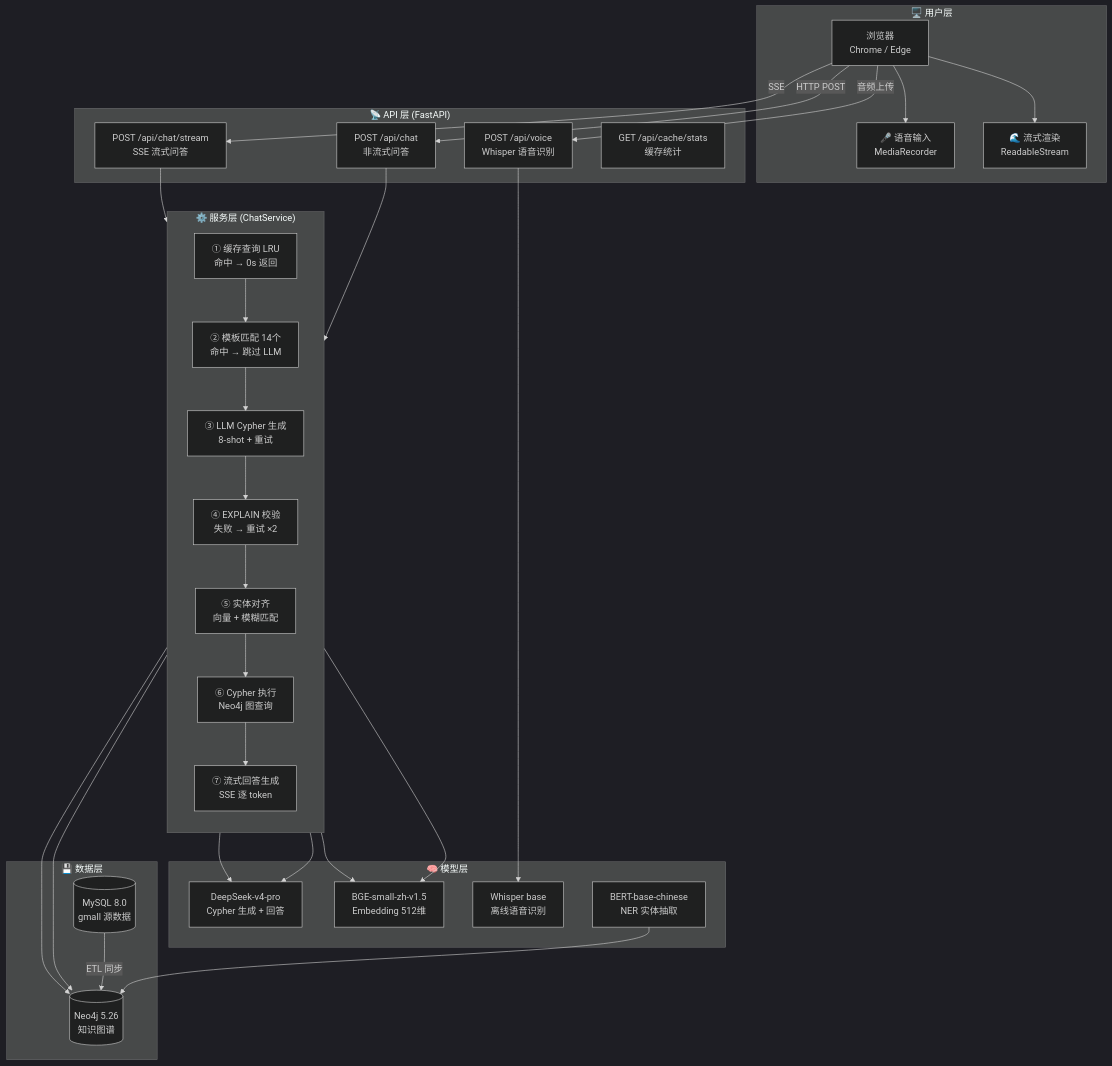
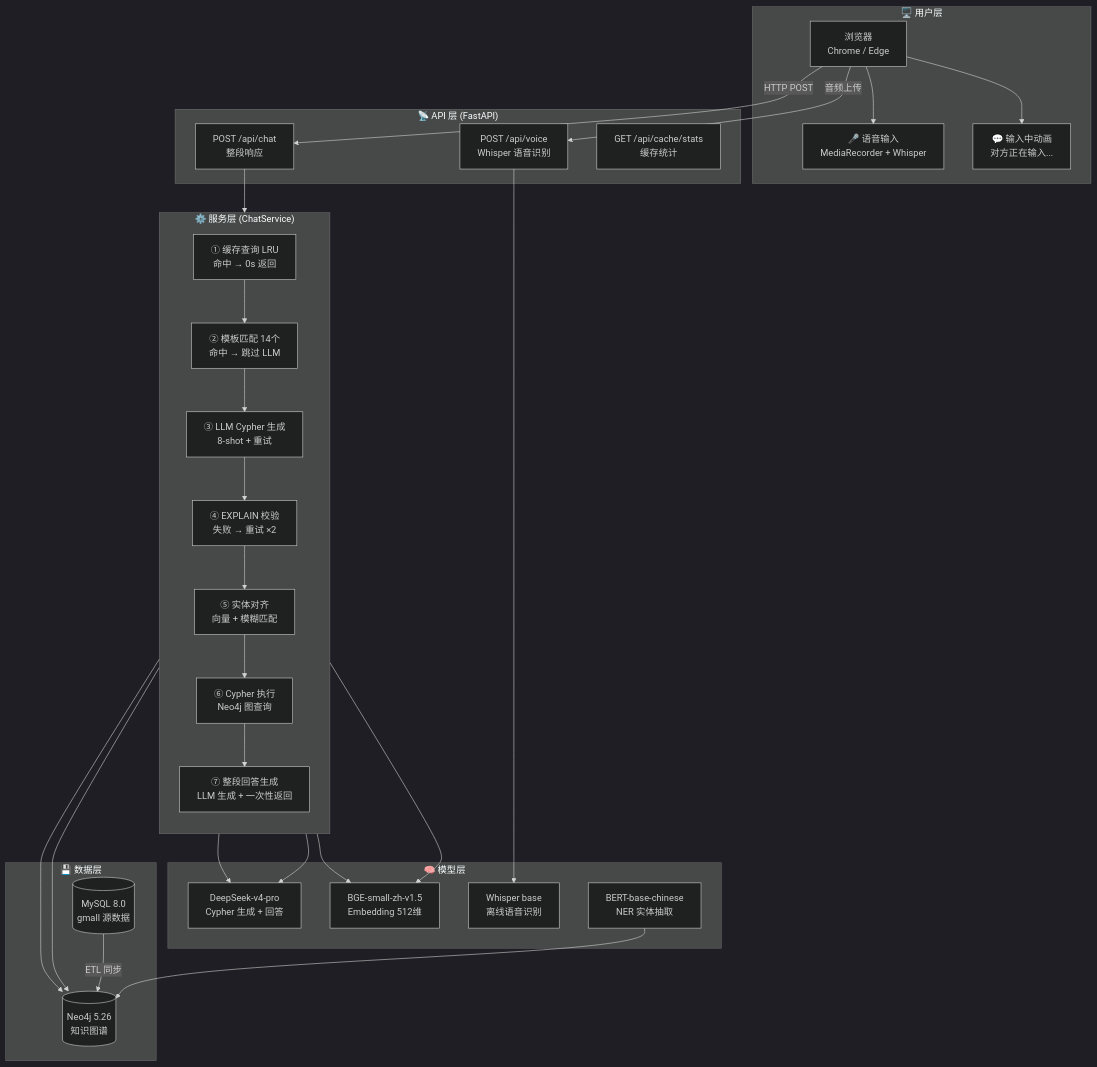
The first of 2 diagrams in README.md (nobailan/ecommerce-kg-chat), drawn with Mermaid (dark theme) before and after one commit. The commit also changed other lines of this file and 12 other files, not shown here.

````diff
--- a/README.md
+++ b/README.md
@@ -33,56 +34,53 @@
 ```mermaid
 graph TB
     subgraph 用户层["🖥️ 用户层"]
         Browser["浏览器<br/>Chrome / Edge"]
-        Mic["🎤 语音输入<br/>MediaRecorder"]
-        SSE["🌊 流式渲染<br/>ReadableStream"]
+        Mic["🎤 语音输入<br/>MediaRecorder + Whisper"]
+        Typing["💬 输入中动画<br/>对方正在输入..."]
     end
 
     subgraph API层["📡 API 层 (FastAPI)"]
-        Chat["POST /api/chat<br/>非流式问答"]
-        Stream["POST /api/chat/stream<br/>SSE 流式问答"]
+        Chat["POST /api/chat<br/>整段响应"]
         Voice["POST /api/voice<br/>Whisper 语音识别"]
         CacheAPI["GET /api/cache/stats<br/>缓存统计"]
     end
 
     subgraph 服务层["⚙️ 服务层 (ChatService)"]
         direction TB
         L1["① 缓存查询 LRU<br/>命中 → 0s 返回"]
         L2["② 模板匹配 14个<br/>命中 → 跳过 LLM"]
         L3["③ LLM Cypher 生成<br/>8-shot + 重试"]
         L4["④ EXPLAIN 校验<br/>失败 → 重试 ×2"]
         L5["⑤ 实体对齐<br/>向量 + 模糊匹配"]
         L6["⑥ Cypher 执行<br/>Neo4j 图查询"]
-        L7["⑦ 流式回答生成<br/>SSE 逐 token"]
+        L7["⑦ 整段回答生成<br/>LLM 生成 + 一次性返回"]
         L1 --> L2 --> L3 --> L4 --> L5 --> L6 --> L7
     end
 
     subgraph 模型层["🧠 模型层"]
         DeepSeek["DeepSeek-v4-pro<br/>Cypher 生成 + 回答"]
         BGE["BGE-small-zh-v1.5<br/>Embedding 512维"]
         Whisper["Whisper base<br/>离线语音识别"]
         BERT["BERT-base-chinese<br/>NER 实体抽取"]
     end
 
     subgraph 数据层["💾 数据层"]
         Neo4j[("Neo4j 5.26<br/>知识图谱")]
         MySQL[("MySQL 8.0<br/>gmall 源数据")]
     end
 
     Browser -->|"HTTP POST"| Chat
-    Browser -->|"SSE"| Stream
     Browser -->|"音频上传"| Voice
     Browser --> Mic
-    Browser --> SSE
+    Browser --> Typing
     Chat --> L1
-    Stream --> L1
     Voice --> Whisper
     L3 --> DeepSeek
     L2 --> BGE
     L5 --> BGE
     L5 --> Neo4j
     L6 --> Neo4j
     L7 --> DeepSeek
     BERT --> Neo4j
     MySQL -->|"ETL 同步"| Neo4j
 ```
````
